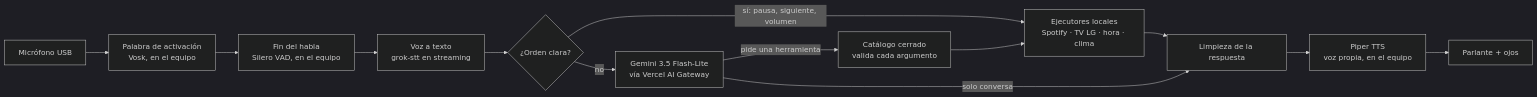
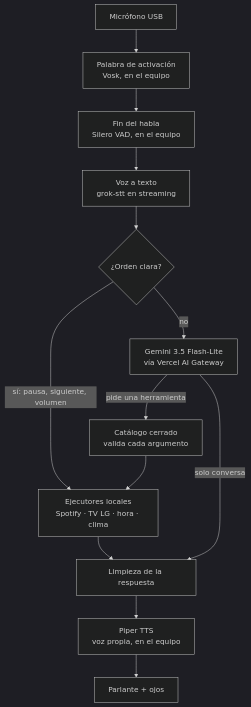
Before and after one commit to Panchopipe/VaderMind: the diagram in README.es.md, drawn with Mermaid (dark theme). The commit also changed 1 other file, not shown here.

Commit message:
docs: draw the sentence flow top-down so it is readable

````diff
--- a/README.es.md
+++ b/README.es.md
@@ -51,15 +51,15 @@
 ```mermaid
-flowchart LR
+flowchart TD
     MIC["Micrófono USB"] --> WAKE["Palabra de activación<br/>Vosk, en el equipo"]
     WAKE --> VAD["Fin del habla<br/>Silero VAD, en el equipo"]
     VAD --> STT["Voz a texto<br/>grok-stt en streaming"]
     STT --> RULES{"¿Orden clara?"}
     RULES -- "sí: pausa, siguiente, volumen" --> EXEC
     RULES -- no --> LLM["Gemini 3.5 Flash-Lite<br/>vía Vercel AI Gateway"]
     LLM -- "pide una herramienta" --> CAT["Catálogo cerrado<br/>valida cada argumento"]
     CAT --> EXEC["Ejecutores locales<br/>Spotify · TV LG · hora · clima"]
     LLM -- "solo conversa" --> TEXT["Limpieza de la respuesta"]
     EXEC --> TEXT
     TEXT --> TTS["Piper TTS<br/>voz propia, en el equipo"]
     TTS --> OUT["Parlante + ojos"]
 ```
````
